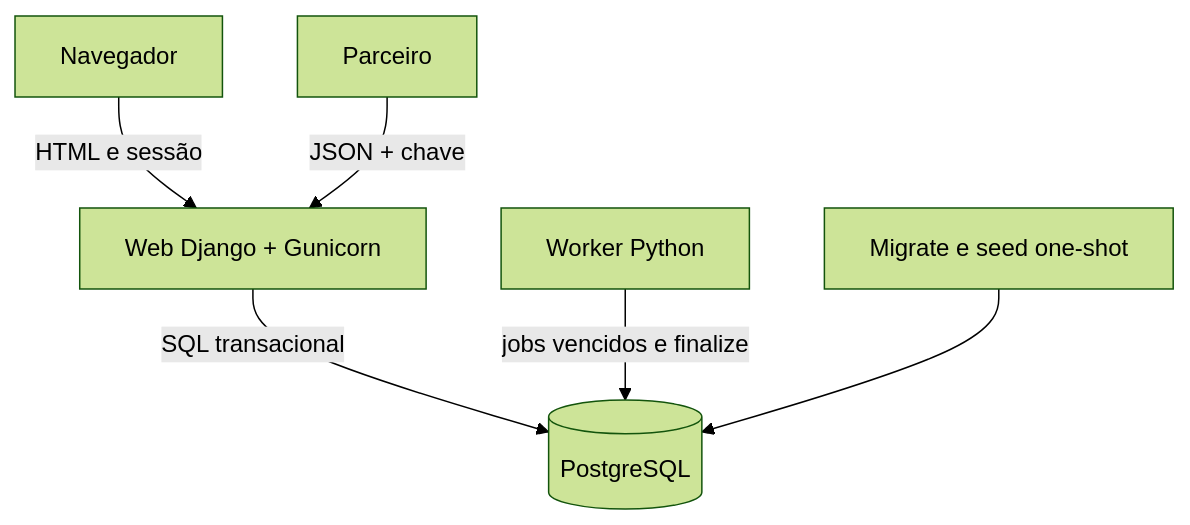
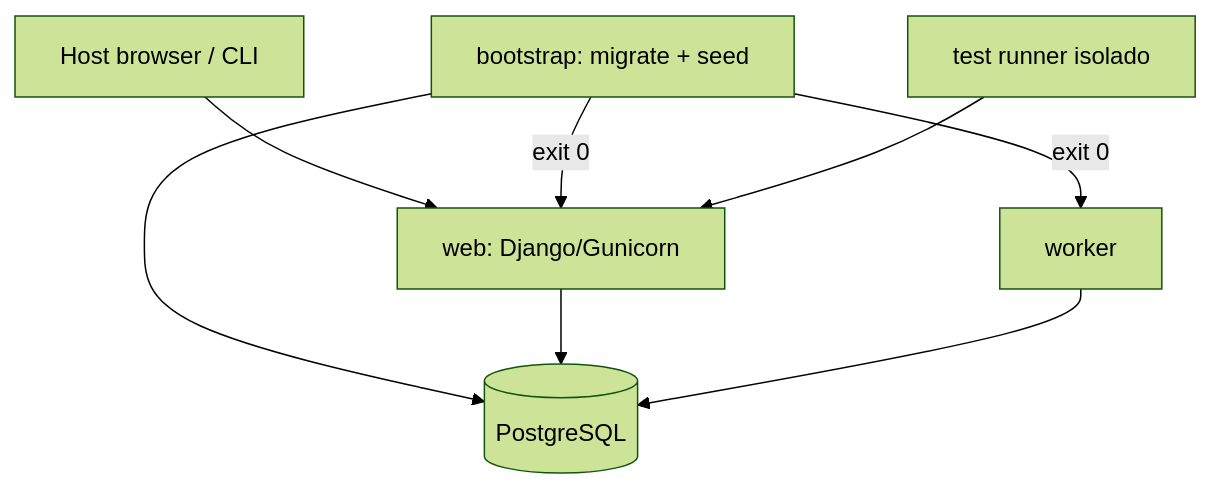
One commit to Esphios/mba-desafio-catraca changed the second of 6 diagrams in docs/architecture/diagrams.md. Above: the diagram before and after it, drawn with Mermaid (forest theme). The commit also changed other lines of this file and 186 other files, not shown here.

````diff
--- a/docs/architecture/diagrams.md
+++ b/docs/architecture/diagrams.md
@@ -18,8 +15,10 @@
 ```mermaid
 flowchart TB
- U[Navegador] -->|HTML e sessão| W[Web Django + Gunicorn]
- A[Parceiro] -->|JSON + chave| W
- W -->|SQL transacional| D[(PostgreSQL)]
- K[Worker Python] -->|jobs vencidos e finalize| D
- I[Migrate e seed one-shot] --> D
+    H[Host browser / CLI] --> W[web: Django/Gunicorn]
+    B[bootstrap: migrate + seed] --> D[(PostgreSQL)]
+    B -->|exit 0| W
+    B -->|exit 0| Q[worker]
+    W --> D
+    Q --> D
+    T[test runner isolado] --> W
 ```
````
